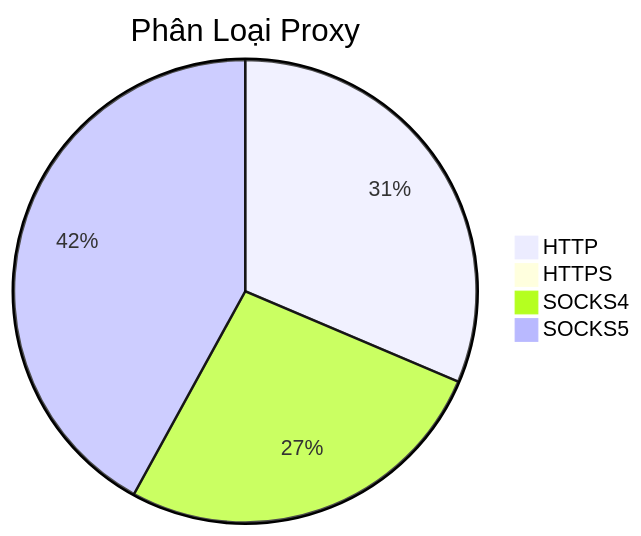
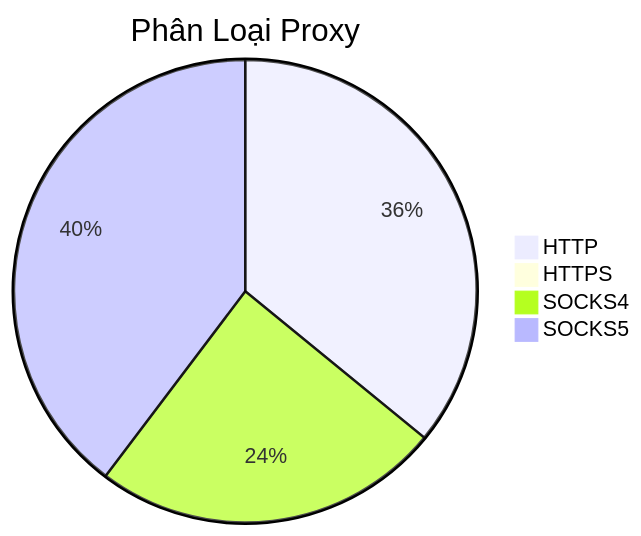
The diagram in README.md (Ciara-12/PROXY-free), drawn with Mermaid before and after one commit. The commit also changed other lines of this file and 3 other files, not shown here.

````diff
--- a/README.md
+++ b/README.md
@@ -26,7 +26,7 @@
 ```mermaid
 pie title Phân Loại Proxy
-    "HTTP" : 393
+    "HTTP" : 683
     "HTTPS" : 0
-    "SOCKS4" : 333
-    "SOCKS5" : 526
+    "SOCKS4" : 464
+    "SOCKS5" : 755
 ```
````
